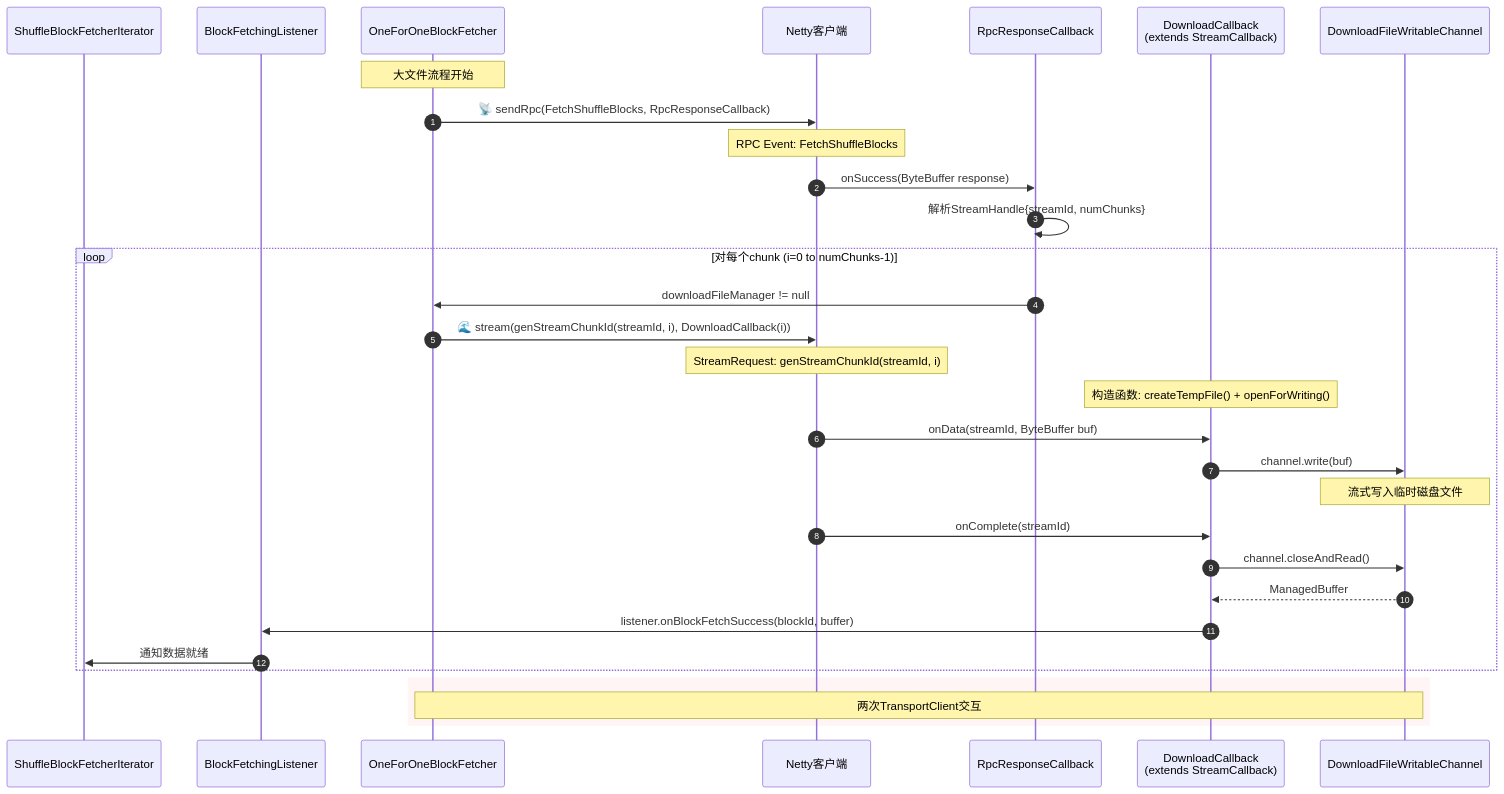
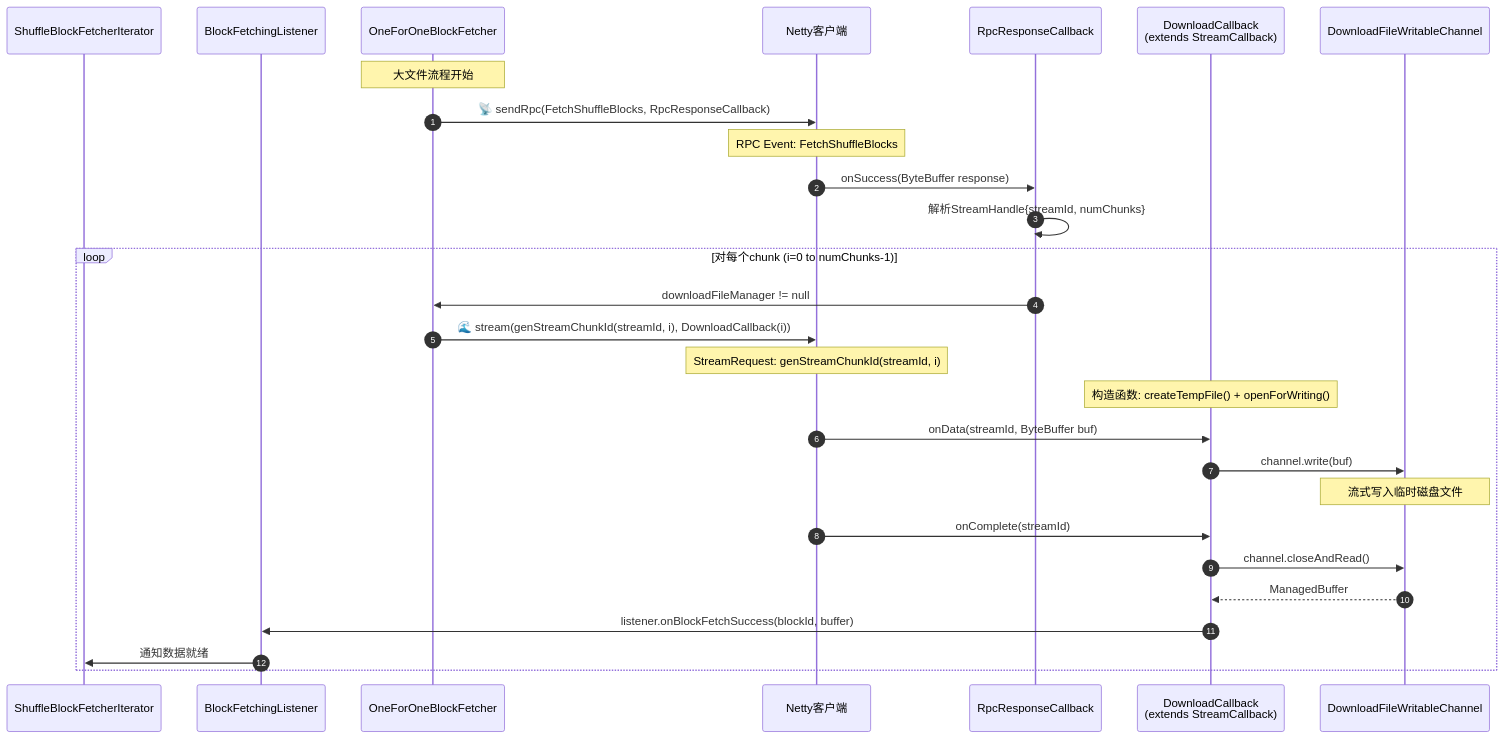
Before and after one commit to juntaozhang/juntaozhang.github.io: the eighth of 15 diagrams in spark/spark3.3.1/task_execution.md, drawn with Mermaid. The commit also changed other lines of this file and 2 other files, not shown here.

````diff
--- a/spark/spark3.3.1/task_execution.md
+++ b/spark/spark3.3.1/task_execution.md
@@ -686,41 +685,37 @@
 ```mermaid
 sequenceDiagram
     autonumber
     participant SBFI as ShuffleBlockFetcherIterator
     participant BFL as BlockFetchingListener
     participant OOFBF as OneForOneBlockFetcher
     participant Client as Netty客户端
     participant RpcCB as RpcResponseCallback
     participant DownCB as DownloadCallback<br/>(extends StreamCallback)
     participant Channel as DownloadFileWritableChannel
 
     Note over OOFBF: 大文件流程开始
 
     %% 第一次交互：RPC获取StreamHandle
     OOFBF->>Client: 📡 sendRpc(FetchShuffleBlocks, RpcResponseCallback)
     Note over Client: RPC Event: FetchShuffleBlocks
     Client->>RpcCB: onSuccess(ByteBuffer response)
     RpcCB->>RpcCB: 解析StreamHandle{streamId, numChunks}
 
     %% 第二次交互：Stream数据传输
     loop 对每个chunk (i=0 to numChunks-1)
         RpcCB->>OOFBF: downloadFileManager != null
         OOFBF->>Client: 🌊 stream(genStreamChunkId(streamId, i), DownloadCallback(i))
         Note over Client: StreamRequest: genStreamChunkId(streamId, i)
         Note over DownCB: 构造函数: createTempFile() + openForWriting()
 
         Client->>DownCB: onData(streamId, ByteBuffer buf)
         DownCB->>Channel: channel.write(buf)
         Note over Channel: 流式写入临时磁盘文件
 
         Client->>DownCB: onComplete(streamId)
         DownCB->>Channel: channel.closeAndRead()
         Channel-->>DownCB: ManagedBuffer
         DownCB->>BFL: listener.onBlockFetchSuccess(blockId, buffer)
         BFL->>SBFI: 通知数据就绪
     end
-
-    rect rgb(255, 245, 245)
-        Note over OOFBF, Channel: 两次TransportClient交互
-    end
 ```
````
